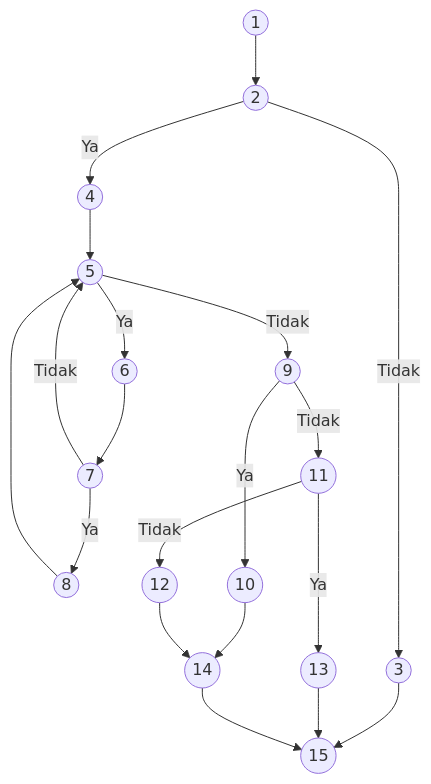
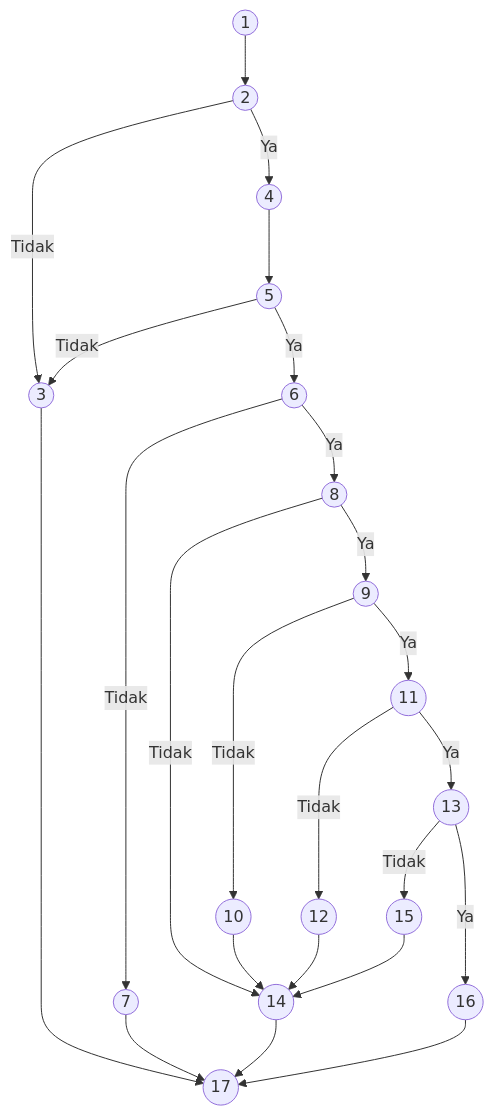
Before and after one commit to hafiizh09/-pemesanan_ak: the fourth of 6 diagrams in docs/pengujian_whitebox.md, drawn with Mermaid. The commit also changed other lines of this file, not shown here.

````diff
--- a/docs/pengujian_whitebox.md
+++ b/docs/pengujian_whitebox.md
@@ -143,27 +180,33 @@
 ```mermaid
 graph TD
     1((1)) --> 2((2))
     2 -- Tidak --> 3((3))
     2 -- Ya --> 4((4))
+    4 --> 5((5))
+    5 -- Tidak --> 3
+    5 -- Ya --> 6((6))
+    6 -- Tidak --> 7((7))
+    6 -- Ya --> 8((8))
 
-    3 --> 15((15))
-    4 --> 5((5))
+    8 -- Tidak --> 14((14))
+    8 -- Ya --> 9((9))
 
-    5 -- Ya --> 6((6))
-    6 --> 7((7))
-    7 -- Tidak --> 5
-    7 -- Ya --> 8((8))
-    8 --> 5
+    9 -- Tidak --> 10((10))
+    9 -- Ya --> 11((11))
 
-    5 -- Tidak --> 9((9))
-    9 -- Ya --> 10((10))
-    9 -- Tidak --> 11((11))
+    10 --> 14
 
-    10 --> 14((14))
     11 -- Tidak --> 12((12))
     11 -- Ya --> 13((13))
 
     12 --> 14
-    13 --> 15
-    14 --> 15
+
+    13 -- Tidak --> 15((15))
+    13 -- Ya --> 16((16))
+
+    15 --> 14
+    14 --> 17((17))
+    7 --> 17
+    3 --> 17
+    16 --> 17
 ```
````
